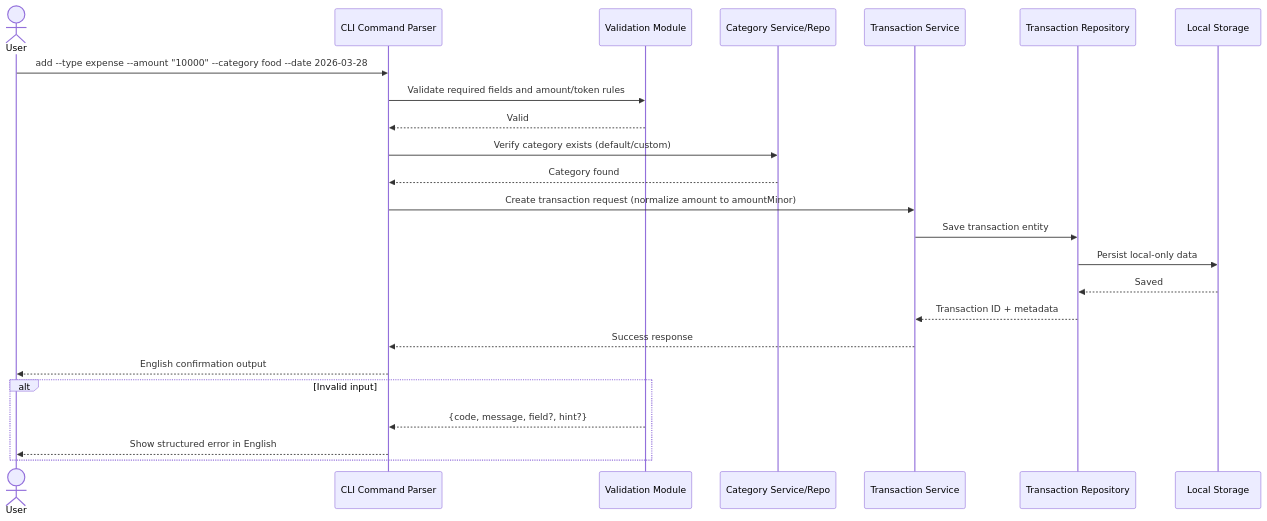
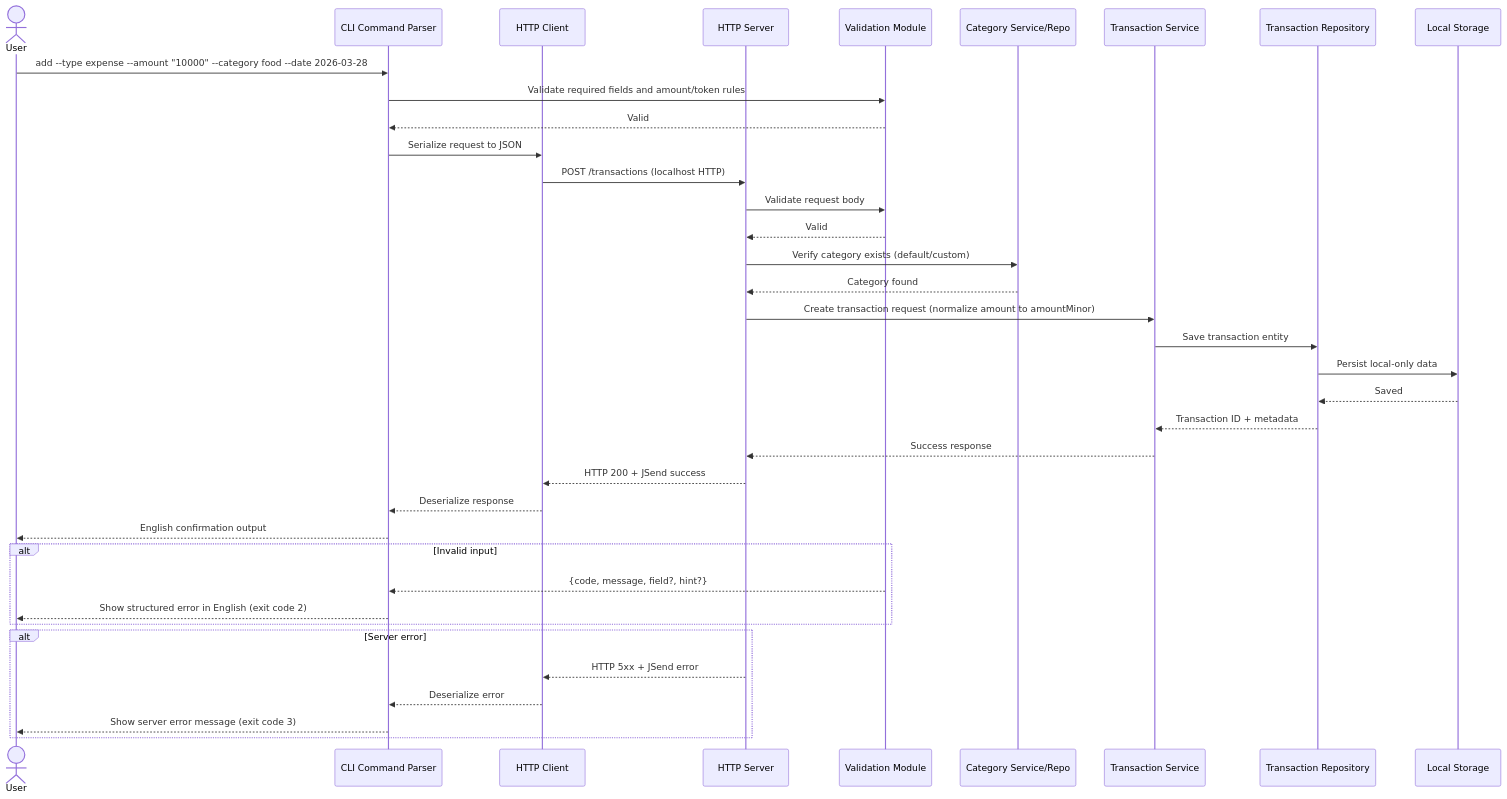
One commit to handiism/infinita changed the diagram in docs/diagrams/trd/001-trd-sequence-add-transaction.mmd. Above: the diagram before and after it, drawn with Mermaid. The commit also changed 34 other files, not shown here.

First line of the commit message:
feat: implement embedded HTTP server for CLI communication and refactor use cases

```diff
--- a/docs/diagrams/trd/001-trd-sequence-add-transaction.mmd
+++ b/docs/diagrams/trd/001-trd-sequence-add-transaction.mmd
@@ -1,28 +1,44 @@
 sequenceDiagram
     actor User
     participant CLI as CLI Command Parser
+    participant CLIENT as HTTP Client
+    participant SERVER as HTTP Server
     participant VAL as Validation Module
     participant CAT as Category Service/Repo
     participant TX as Transaction Service
     participant TREPO as Transaction Repository
     participant STORE as Local Storage
 
     User->>CLI: add --type expense --amount "10000" --category food --date 2026-03-28
     CLI->>VAL: Validate required fields and amount/token rules
     VAL-->>CLI: Valid
 
-    CLI->>CAT: Verify category exists (default/custom)
-    CAT-->>CLI: Category found
+    CLI->>CLIENT: Serialize request to JSON
+    CLIENT->>SERVER: POST /transactions (localhost HTTP)
+    
+    SERVER->>VAL: Validate request body
+    VAL-->>SERVER: Valid
 
-    CLI->>TX: Create transaction request (normalize amount to amountMinor)
+    SERVER->>CAT: Verify category exists (default/custom)
+    CAT-->>SERVER: Category found
+
+    SERVER->>TX: Create transaction request (normalize amount to amountMinor)
     TX->>TREPO: Save transaction entity
     TREPO->>STORE: Persist local-only data
     STORE-->>TREPO: Saved
     TREPO-->>TX: Transaction ID + metadata
-    TX-->>CLI: Success response
+    TX-->>SERVER: Success response
+    SERVER-->>CLIENT: HTTP 200 + JSend success
+    CLIENT-->>CLI: Deserialize response
     CLI-->>User: English confirmation output
 
     alt Invalid input
         VAL-->>CLI: {code, message, field?, hint?}
-        CLI-->>User: Show structured error in English
+        CLI-->>User: Show structured error in English (exit code 2)
     end
+
+    alt Server error
+        SERVER-->>CLIENT: HTTP 5xx + JSend error
+        CLIENT-->>CLI: Deserialize error
+        CLI-->>User: Show server error message (exit code 3)
+    end
```
